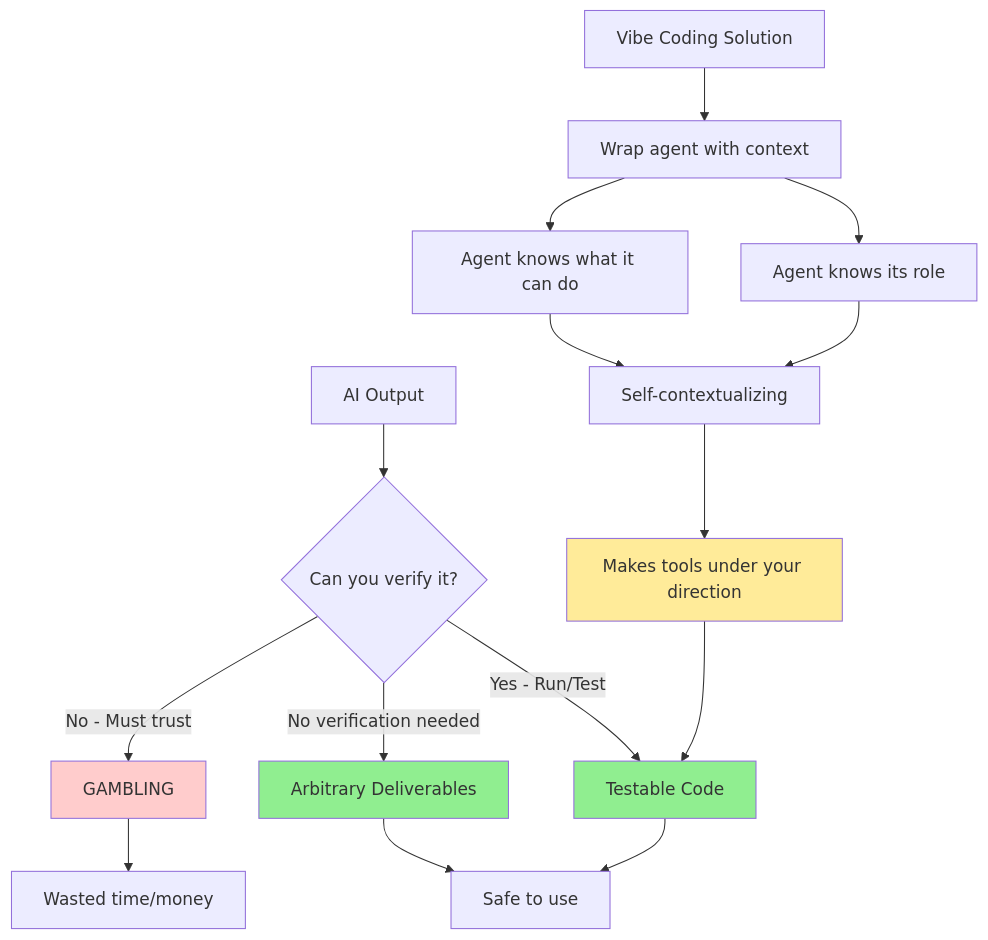
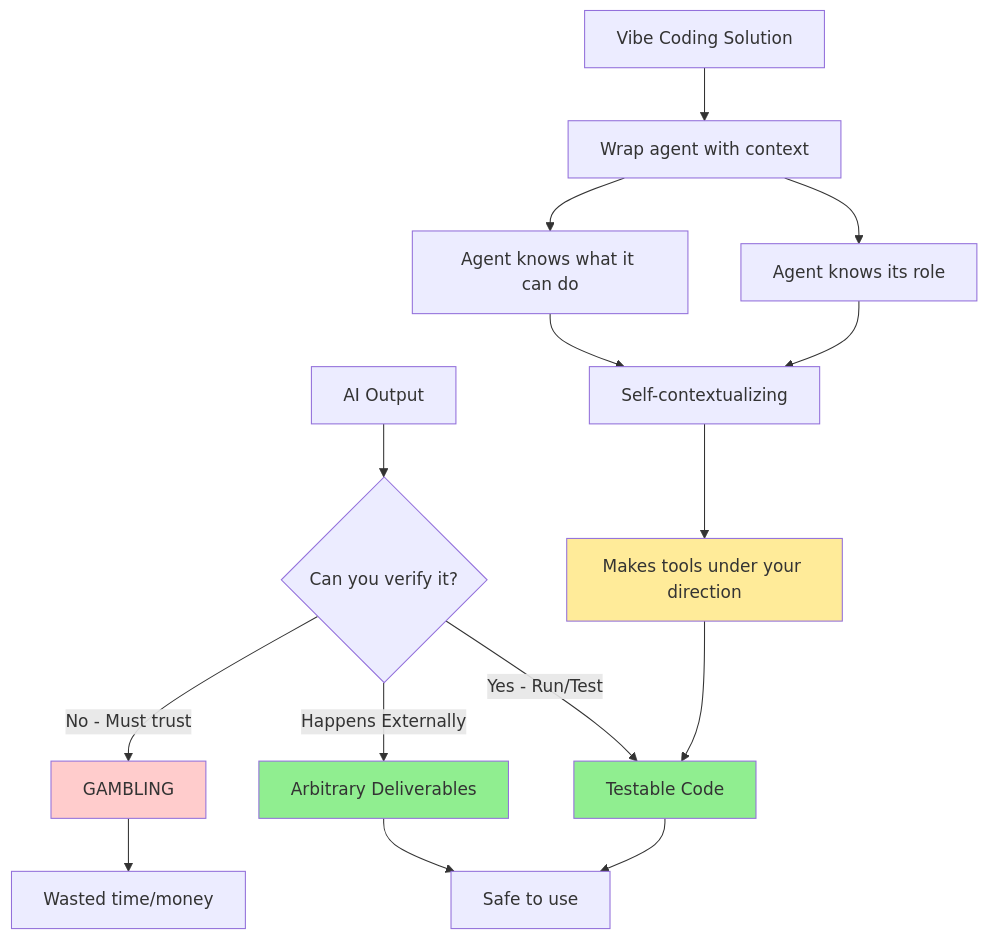
Before and after one commit to sancovp/starship-mcp: the diagram in docs/diagrams/0_BaseSituation.mermaid, drawn with Mermaid.

```diff
--- a/docs/diagrams/0_BaseSituation.mermaid
+++ b/docs/diagrams/0_BaseSituation.mermaid
@@ -1,22 +1,22 @@
 flowchart TD
     A[AI Output] --> B{Can you verify it?}
     B -->|Yes - Run/Test| C[Testable Code]
-    B -->|No verification needed| D[Arbitrary Deliverables]
+    B -->|Happens Externally| D[Arbitrary Deliverables]
     B -->|No - Must trust| E[GAMBLING]
     
     C --> F[Safe to use]
     D --> F
     E --> G[Wasted time/money]
     
     H[Vibe Coding Solution] --> I[Wrap agent with context]
     I --> J[Agent knows its role]
     I --> K[Agent knows what it can do]
     J --> L[Self-contextualizing]
     K --> L
     L --> M[Makes tools under your direction]
     M --> C
     
     style C fill:#90EE90
     style D fill:#90EE90
     style E fill:#ffcccc
     style M fill:#ffeb99
```
